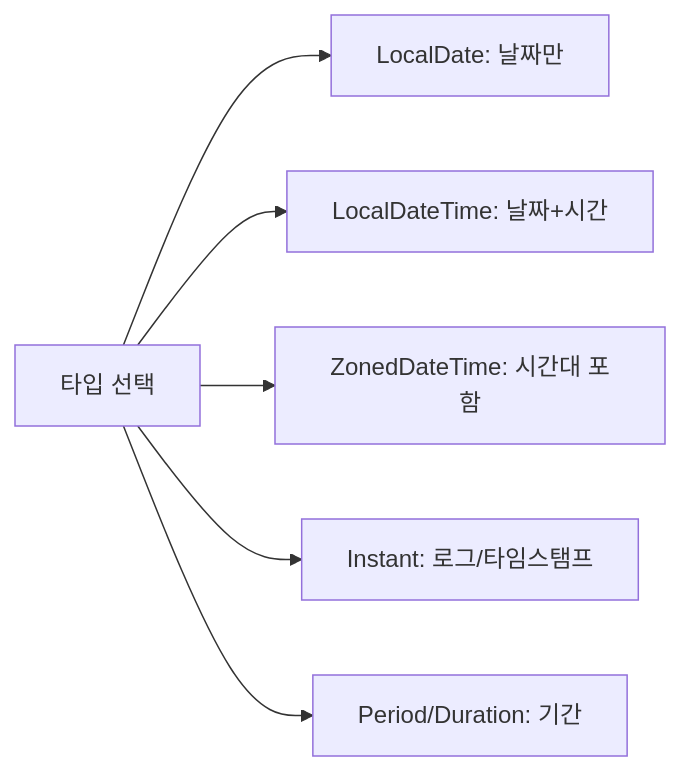
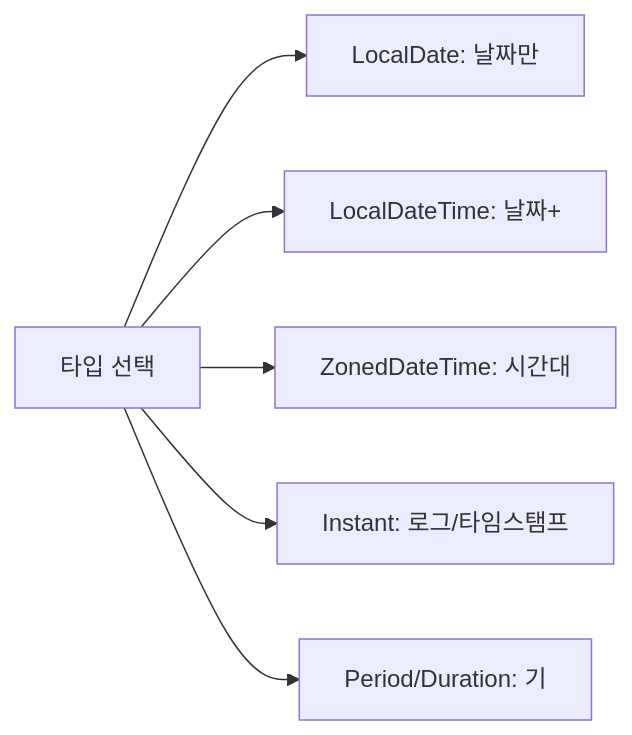
The fifth of 5 diagrams in _posts/java/2026-05-01-java-datetime.md (yjkim2015/yjkim2015.github.io), drawn with Mermaid before and after one commit. The commit also changed other lines of this file and 245 other files, not shown here.

First line of the commit message:
Mermaid 다이어그램 전면 수정 + 면접 포인트 접기/펼치기 + DB 데드락 페이지

````diff
--- a/_posts/java/2026-05-01-java-datetime.md
+++ b/_posts/java/2026-05-01-java-datetime.md
@@ -678,8 +682,8 @@
 ```mermaid
 graph LR
     A["타입 선택"] --> B["LocalDate: 날짜만"]
-    A --> C["LocalDateTime: 날짜+시간"]
-    A --> D["ZonedDateTime: 시간대 포함"]
+    A --> C["LocalDateTime: 날짜+"]
+    A --> D["ZonedDateTime: 시간대"]
     A --> E["Instant: 로그/타임스탬프"]
-    A --> F["Period/Duration: 기간"]
+    A --> F["Period/Duration: 기"]
 ```
````
